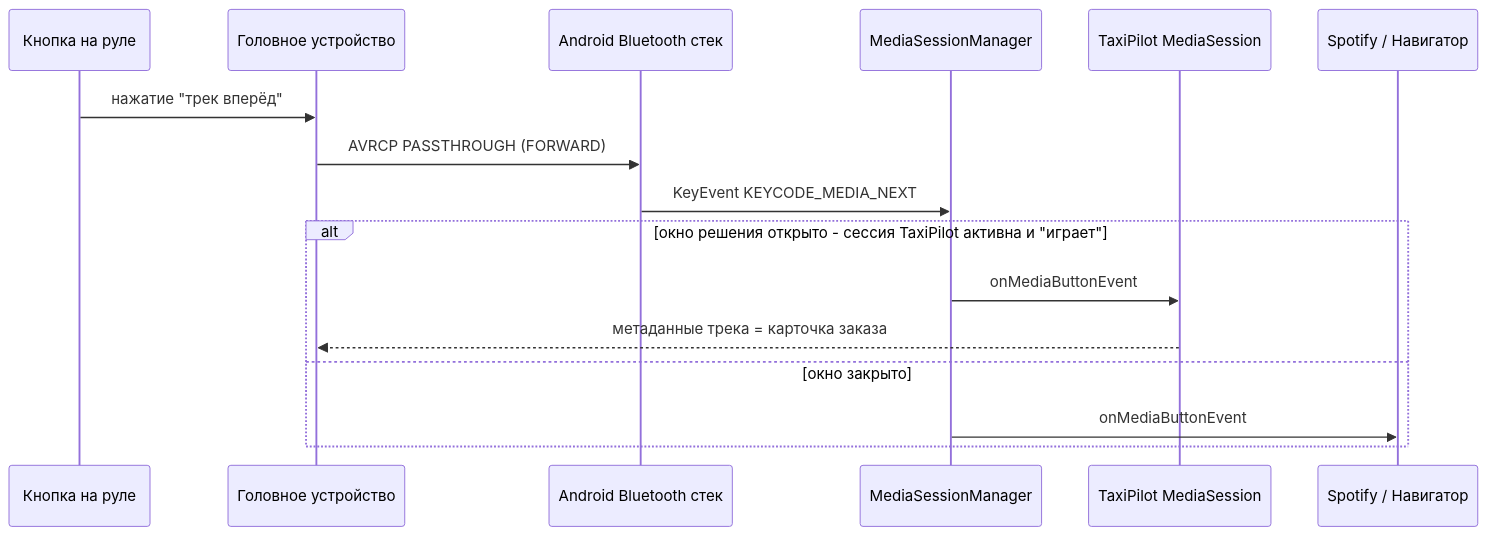
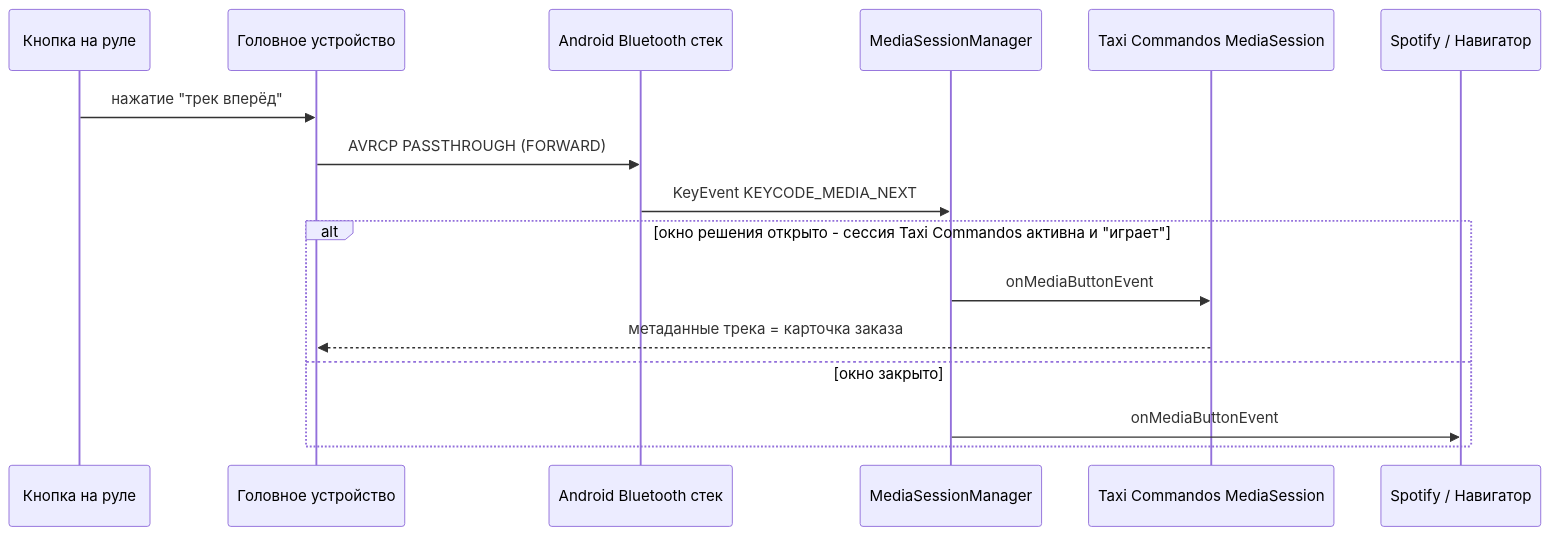
One commit to vitalxp/bot changed the first of 3 diagrams in docs/steering-wheel-control.md. Above: the diagram before and after it, drawn with Mermaid. The commit also changed other lines of this file and 6 other files, not shown here.

Commit message:
docs: brand as Taxi Commandos on taxicom.app (package, API, email, Telegram bot)

````diff
--- a/docs/steering-wheel-control.md
+++ b/docs/steering-wheel-control.md
@@ -11,19 +11,19 @@
 ```mermaid
 sequenceDiagram
     participant W as Кнопка на руле
     participant HU as Головное устройство
     participant BT as Android Bluetooth стек
     participant MSM as MediaSessionManager
-    participant App as TaxiPilot MediaSession
+    participant App as Taxi Commandos MediaSession
     participant Other as Spotify / Навигатор
 
     W->>HU: нажатие "трек вперёд"
     HU->>BT: AVRCP PASSTHROUGH (FORWARD)
     BT->>MSM: KeyEvent KEYCODE_MEDIA_NEXT
-    alt окно решения открыто - сессия TaxiPilot активна и "играет"
+    alt окно решения открыто - сессия Taxi Commandos активна и "играет"
         MSM->>App: onMediaButtonEvent
         App-->>HU: метаданные трека = карточка заказа
     else окно закрыто
         MSM->>Other: onMediaButtonEvent
     end
 ```
````
